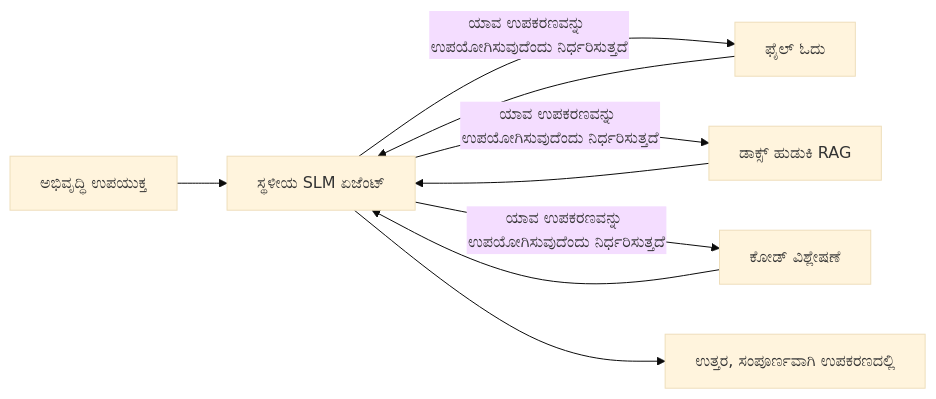
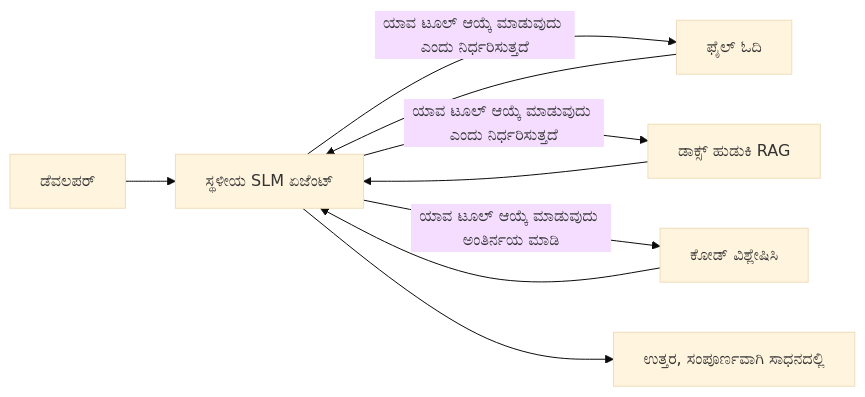
Before and after one commit to gabrielmoreira/agent-skills-mirror: the first of 4 diagrams in mirrors/repos/microsoft@ai-agents-for-beginners/translations/kn/17-creating-local-ai-agents/README.md, drawn with Mermaid (base theme). The commit also changed other lines of this file and 4262 other files, not shown here.

````diff
--- a/mirrors/repos/microsoft@ai-agents-for-beginners/translations/kn/17-creating-local-ai-agents/README.md
+++ b/mirrors/repos/microsoft@ai-agents-for-beginners/translations/kn/17-creating-local-ai-agents/README.md
@@ -66,11 +66,11 @@
 ```mermaid
 flowchart LR
-    U[ಅಭಿವೃದ್ಧಿ ಉಪಯುಕ್ತ] --> A[ಸ್ಥಳೀಯ SLM ಏಜೆಂಟ್]
-    A -->|ಯಾವ ಉಪಕರಣವನ್ನು ಉಪಯೋಗಿಸುವುದೆಂದು ನಿರ್ಧರಿಸುತ್ತದೆ| T1[ಫೈಲ್ ಓದು]
-    A -->|ಯಾವ ಉಪಕರಣವನ್ನು ಉಪಯೋಗಿಸುವುದೆಂದು ನಿರ್ಧರಿಸುತ್ತದೆ| T2[ಡಾಕ್ಸ್ ಹುಡುಕಿ RAG]
-    A -->|ಯಾವ ಉಪಕರಣವನ್ನು ಉಪಯೋಗಿಸುವುದೆಂದು ನಿರ್ಧರಿಸುತ್ತದೆ| T3[ಕೋಡ್ ವಿಶ್ಲೇಷಣೆ]
+    U[ಡೆವಲಪರ್] --> A[ಸ್ಥಳೀಯ SLM ಏಜೆಂಟ್]
+    A -->|ಯಾವ ಟೂಲ್ ಆಯ್ಕೆ ಮಾಡುವುದು ಎಂದು ನಿರ್ಧರಿಸುತ್ತದೆ| T1[ಫೈಲ್ ಓದಿ]
+    A -->|ಯಾವ ಟೂಲ್ ಆಯ್ಕೆ ಮಾಡುವುದು ಎಂದು ನಿರ್ಧರಿಸುತ್ತದೆ| T2[ಡಾಕ್ಸ್ ಹುಡುಕಿ RAG]
+    A -->|ಯಾವ ಟೂಲ್ ಆಯ್ಕೆ ಮಾಡುವುದು ಅಂತಿರ್ನಯ ಮಾಡಿ| T3[ಕೋಡ್ ವಿಶ್ಲೇಷಿಸಿ]
     T1 --> A
     T2 --> A
     T3 --> A
-    A --> R[ಉತ್ತರ, ಸಂಪೂರ್ಣವಾಗಿ ಉಪಕರಣದಲ್ಲಿ]
+    A --> R[ಉತ್ತರ, ಸಂಪೂರ್ಣವಾಗಿ ಸಾಧನದಲ್ಲಿ]
 ```
````
